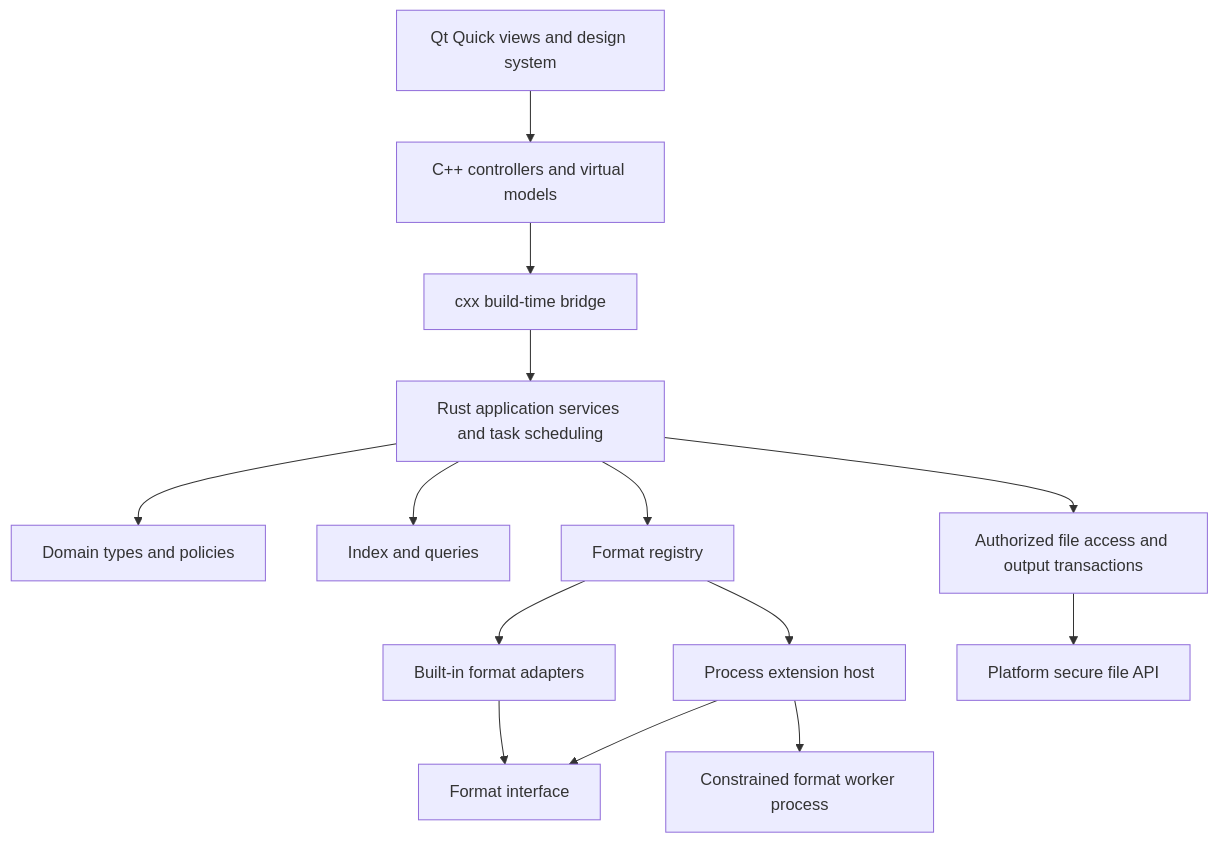
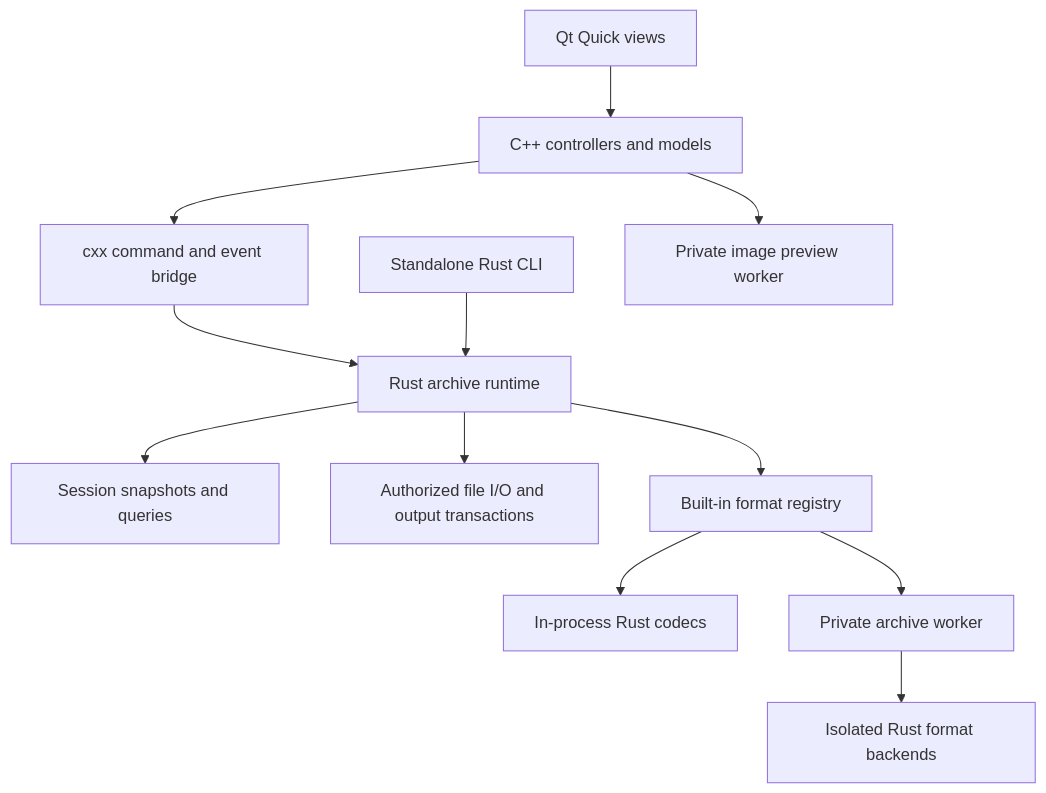
The diagram in docs/design/system-architecture.md (xiaodaozhi/xdzip), drawn with Mermaid before and after one commit. The commit also changed other lines of this file and 271 other files, not shown here.

````diff
--- a/docs/design/system-architecture.md
+++ b/docs/design/system-architecture.md
@@ -11,16 +7,14 @@
 ```mermaid
 flowchart TB
-  QML[Qt Quick views and design system] --> QT[C++ controllers and virtual models]
-  QT --> BR[cxx build-time bridge]
-  BR --> APP[Rust application services and task scheduling]
-  APP --> DOM[Domain types and policies]
-  APP --> IDX[Index and queries]
-  APP --> SAFE[Authorized file access and output transactions]
-  APP --> REG[Format registry]
-  REG --> CODEC[Built-in format adapters]
-  REG --> PH[Process extension host]
-  PH --> WP[Constrained format worker process]
-  CODEC --> SDK[Format interface]
-  PH --> SDK
-  SAFE --> OS[Platform secure file API]
+  UI[Qt Quick views] --> CPP[C++ controllers and models]
+  CPP --> BR[cxx command and event bridge]
+  BR --> APP[Rust archive runtime]
+  CLI[Standalone Rust CLI] --> APP
+  APP --> INDEX[Session snapshots and queries]
+  APP --> IO[Authorized file I/O and output transactions]
+  APP --> REG[Built-in format registry]
+  REG --> CODEC[In-process Rust codecs]
+  REG --> WORKER[Private archive worker]
+  WORKER --> RUST[Isolated Rust format backends]
+  CPP --> PREVIEW[Private image preview worker]
 ```
````
